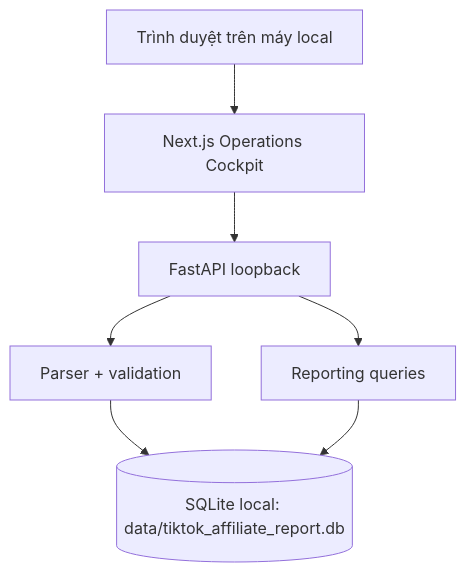
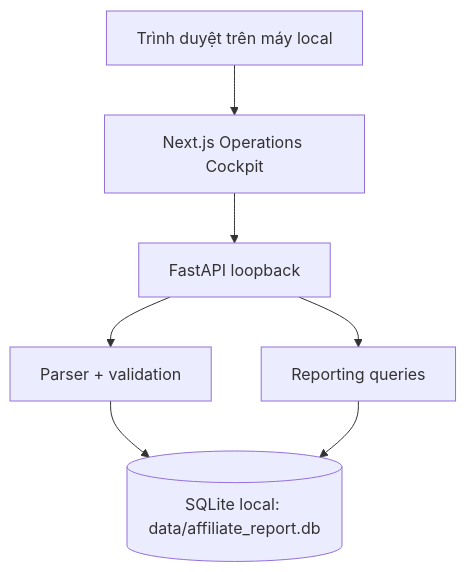
The second of 2 diagrams in docs/PRD-TikTok-Affiliate-Report.md (anhtahaylove/affiliate-report), drawn with Mermaid before and after one commit. The commit also changed other lines of this file and 68 other files, not shown here.

First line of the commit message:
refactor!: đổi tên sản phẩm thành Affiliate Report

````diff
--- a/docs/PRD-TikTok-Affiliate-Report.md
+++ b/docs/PRD-TikTok-Affiliate-Report.md
@@ -177,9 +177,9 @@
 ```mermaid
 flowchart TB
     U["Trình duyệt trên máy local"] --> W["Next.js Operations Cockpit"]
     W --> A["FastAPI loopback"]
     A --> P["Parser + validation"]
     A --> R["Reporting queries"]
-    P --> DB[("SQLite local: data/tiktok_affiliate_report.db")]
+    P --> DB[("SQLite local: data/affiliate_report.db")]
     R --> DB
 ```
````
